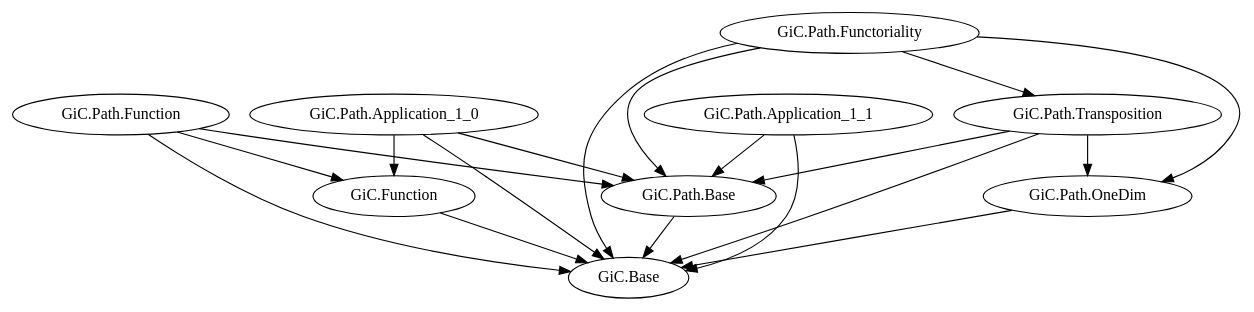
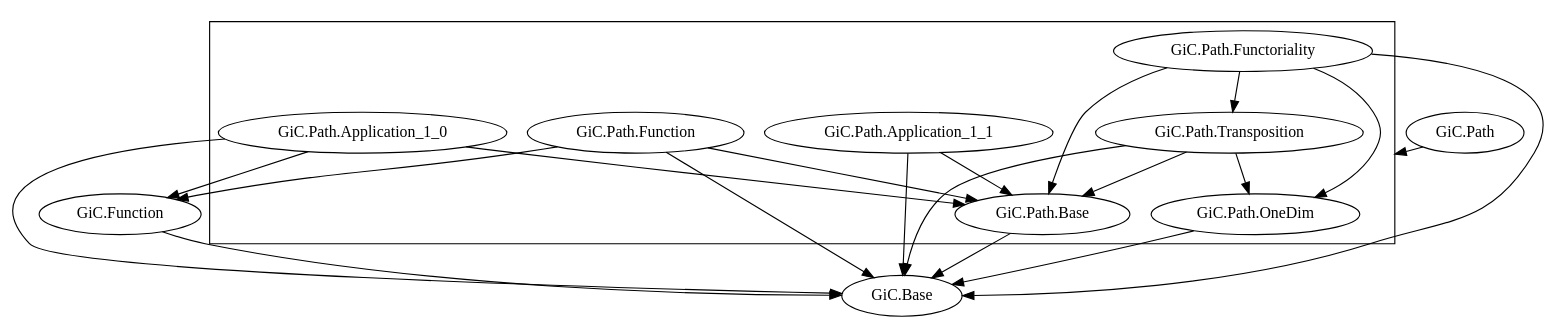
One commit to Hexirp/googology-in-coq changed the diagram in documents/libraries.gv. Above: the diagram before and after it, drawn with Graphviz. The commit also changed 4 other files, not shown here.

```diff
--- a/documents/libraries.gv
+++ b/documents/libraries.gv
@@ -1,37 +1,52 @@
 digraph G {
+  compound = true;
+
   # GiC.Base
 
   # GiC.Function
   "GiC.Function" -> "GiC.Base";
 
   # GiC.Path.Base
   "GiC.Path.Base" -> "GiC.Base";
 
   # GiC.Path.Function
   "GiC.Path.Function" -> "GiC.Base";
   "GiC.Path.Function" -> "GiC.Function";
   "GiC.Path.Function" -> "GiC.Path.Base";
 
   # GiC.Path.OneDim
   "GiC.Path.OneDim" -> "GiC.Base";
 
   # GiC.Path.Transposition
   "GiC.Path.Transposition" -> "GiC.Base";
   "GiC.Path.Transposition" -> "GiC.Path.Base";
   "GiC.Path.Transposition" -> "GiC.Path.OneDim";
 
   # GiC.Path.Functoriality
   "GiC.Path.Functoriality" -> "GiC.Base";
   "GiC.Path.Functoriality" -> "GiC.Path.Base";
   "GiC.Path.Functoriality" -> "GiC.Path.OneDim";
   "GiC.Path.Functoriality" -> "GiC.Path.Transposition";
 
   # GiC.Path.Application_1_0
   "GiC.Path.Application_1_0" -> "GiC.Base";
   "GiC.Path.Application_1_0" -> "GiC.Function";
   "GiC.Path.Application_1_0" -> "GiC.Path.Base";
 
   # GiC.Path.Application_1_1
   "GiC.Path.Application_1_1" -> "GiC.Base";
   "GiC.Path.Application_1_1" -> "GiC.Path.Base";
+
+  # GiC.Path
+  subgraph cluster_GiC_Path {
+    "GiC.Path.Base";
+    "GiC.Path.Function";
+    "GiC.Path.OneDim";
+    "GiC.Path.Transposition";
+    "GiC.Path.Functoriality";
+    "GiC.Path.Application_1_0";
+    "GiC.Path.Application_1_1";
+  }
+
+  "GiC.Path" -> "GiC.Path.Base" [lhead = cluster_GiC_Path];
 }
```
